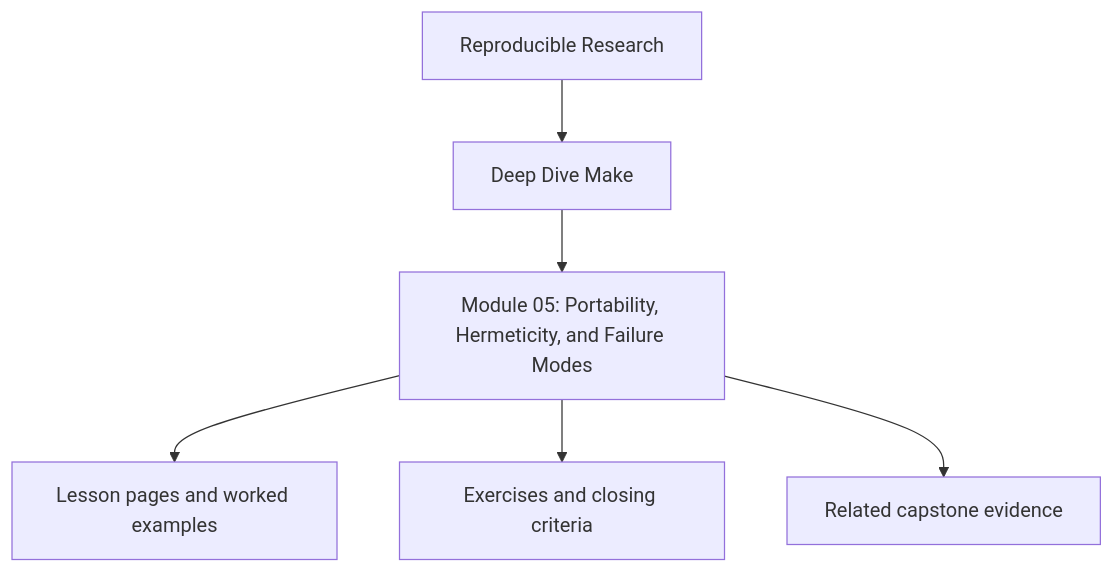
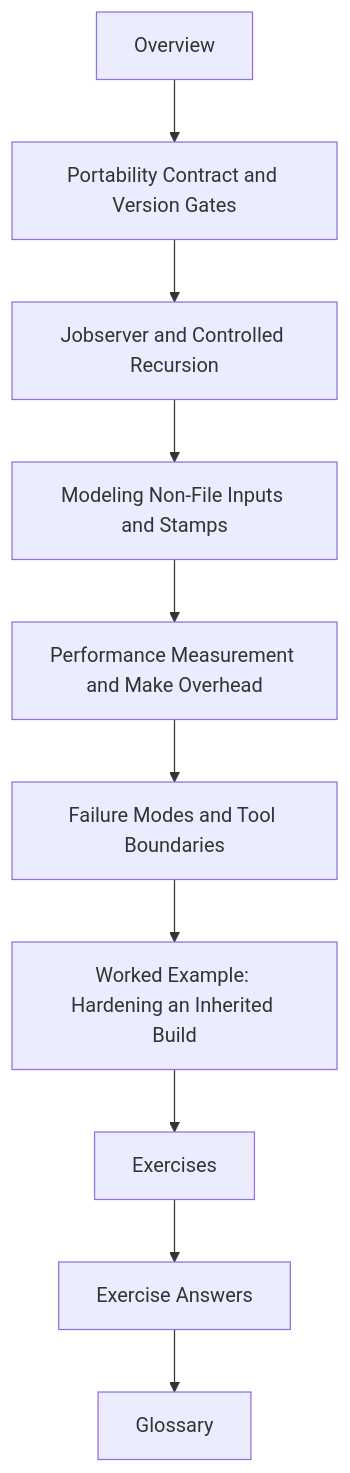
One commit to bijux/bijux-masterclass changed the diagram in programs/reproducible-research/deep-dive-make/course-book/module-05-portability-hermeticity-failure-modes/index.md. Above: the diagram before and after it, drawn with Mermaid. The commit also changed other lines of this file and 9 other files, not shown here.

Commit message:
docs(make): establish module 05 course-book structure

````diff
--- a/programs/reproducible-research/deep-dive-make/course-book/module-05-portability-hermeticity-failure-modes/index.md
+++ b/programs/reproducible-research/deep-dive-make/course-book/module-05-portability-hermeticity-failure-modes/index.md
@@ -8,8 +24,12 @@
 ```mermaid
 flowchart TD
-  family["Reproducible Research"] --> program["Deep Dive Make"]
-  program --> module["Module 05: Portability, Hermeticity, and Failure Modes"]
-  module --> lessons["Lesson pages and worked examples"]
-  module --> checkpoints["Exercises and closing criteria"]
-  module --> capstone["Related capstone evidence"]
+  start["Overview"] --> core1["Portability Contract and Version Gates"]
+  core1 --> core2["Jobserver and Controlled Recursion"]
+  core2 --> core3["Modeling Non-File Inputs and Stamps"]
+  core3 --> core4["Performance Measurement and Make Overhead"]
+  core4 --> core5["Failure Modes and Tool Boundaries"]
+  core5 --> example["Worked Example: Hardening an Inherited Build"]
+  example --> practice["Exercises"]
+  practice --> answers["Exercise Answers"]
+  answers --> glossary["Glossary"]
 ```
````
